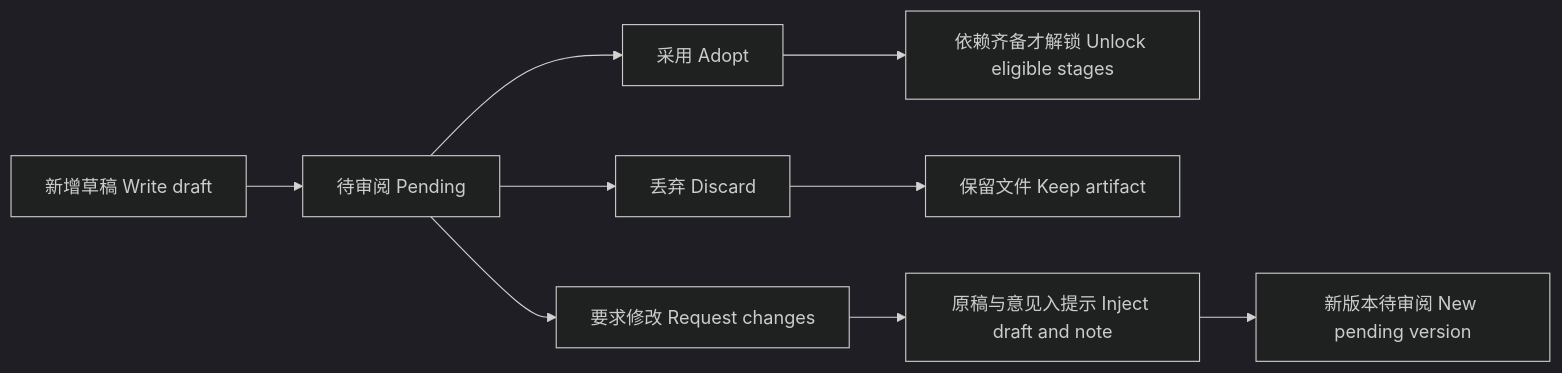
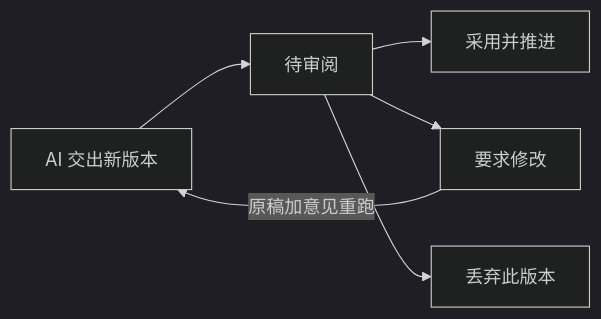
One commit to yukawasensei/harness-book-for-everyone changed the diagram in book/build/chapters/p03.md. Above: the diagram before and after it, drawn with Mermaid (dark theme). The commit also changed other lines of this file and 45 other files, not shown here.

````diff
--- a/book/build/chapters/p03.md
+++ b/book/build/chapters/p03.md
@@ -17,11 +39,8 @@
 ```mermaid
 flowchart LR
-  W["新增草稿 Write draft"] --> P["待审阅 Pending"]
-  P --> A["采用 Adopt"]
-  P --> D["丢弃 Discard"]
-  P --> C["要求修改 Request changes"]
-  A --> U["依赖齐备才解锁 Unlock eligible stages"]
-  D --> K["保留文件 Keep artifact"]
-  C --> R["原稿与意见入提示 Inject draft and note"]
-  R --> N["新版本待审阅 New pending version"]
+  W["AI 交出新版本"] --> P["待审阅"]
+  P --> A["采用并推进"]
+  P --> C["要求修改"]
+  P --> D["丢弃此版本"]
+  C -->|"原稿加意见重跑"| W
 ```
````
